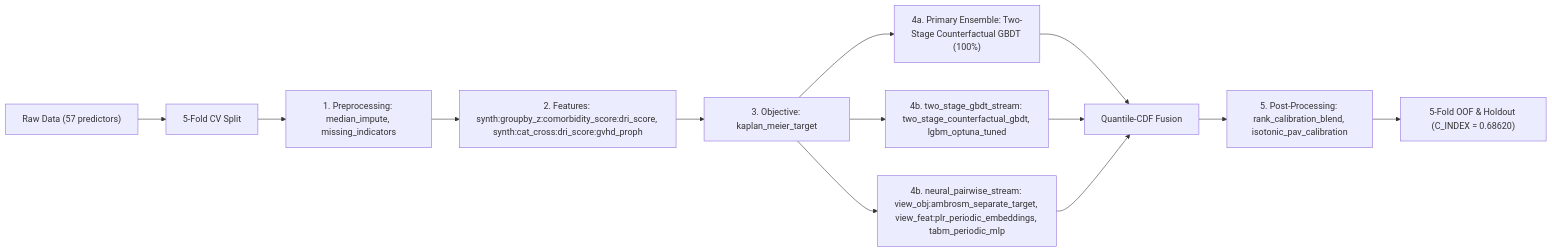
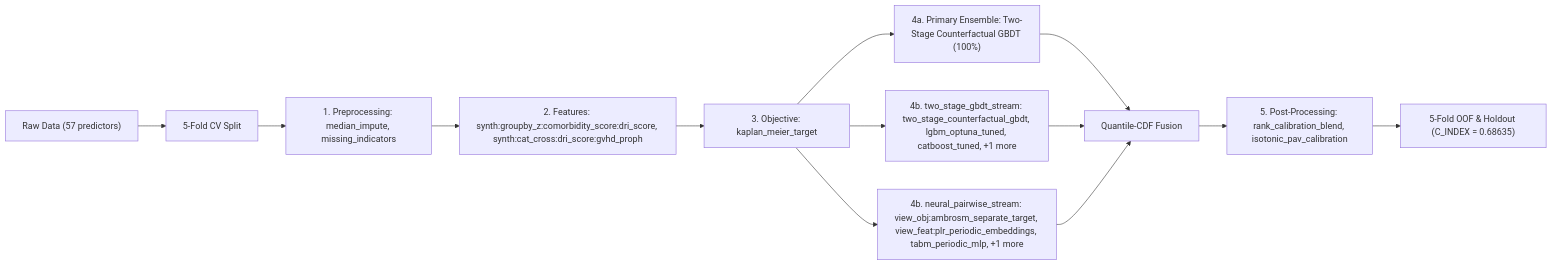
One commit to stefanoclss/CIBMTR-Equity-in-Post-HCT-Survival-Predictions changed the diagram in README.md. Above: the diagram before and after it, drawn with Mermaid. The commit also changed other lines of this file, not shown here.

First line of the commit message:
docs(readme): refresh verified OOF benchmark & build ledger (C_INDEX=0.68635)

````diff
--- a/README.md
+++ b/README.md
@@ -75,15 +80,15 @@
 ```mermaid
 flowchart LR
     DATA["Raw Data (57 predictors)"] --> SPLIT["5-Fold CV Split"]
     SPLIT --> PRE["1. Preprocessing: median_impute, missing_indicators"]
     PRE --> FEAT["2. Features: synth:groupby_z:comorbidity_score:dri_score, synth:cat_cross:dri_score:gvhd_proph"]
     FEAT --> OBJ["3. Objective: kaplan_meier_target"]
     OBJ --> M0["4a. Primary Ensemble: Two-Stage Counterfactual GBDT (100%)"]
     M0 --> FUSE["Quantile-CDF Fusion"]
-    OBJ --> S1["4b. two_stage_gbdt_stream: two_stage_counterfactual_gbdt, lgbm_optuna_tuned"]
+    OBJ --> S1["4b. two_stage_gbdt_stream: two_stage_counterfactual_gbdt, lgbm_optuna_tuned, catboost_tuned, +1 more"]
     S1 --> FUSE
-    OBJ --> S2["4b. neural_pairwise_stream: view_obj:ambrosm_separate_target, view_feat:plr_periodic_embeddings, tabm_periodic_mlp"]
+    OBJ --> S2["4b. neural_pairwise_stream: view_obj:ambrosm_separate_target, view_feat:plr_periodic_embeddings, tabm_periodic_mlp, +1 more"]
     S2 --> FUSE
     FUSE --> POST["5. Post-Processing: rank_calibration_blend, isotonic_pav_calibration"]
-    POST --> OUT["5-Fold OOF & Holdout (C_INDEX = 0.68620)"]
+    POST --> OUT["5-Fold OOF & Holdout (C_INDEX = 0.68635)"]
 ```
````
